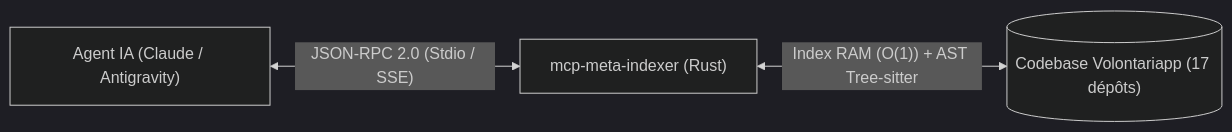
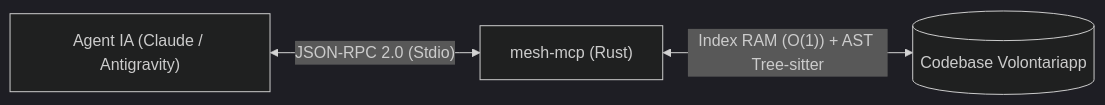
One commit to Volontariapp/meta changed the diagram in README.md. Above: the diagram before and after it, drawn with Mermaid (dark theme). The commit also changed other lines of this file and 6 other files, not shown here.

Commit message:
feat(mcp): delete mcp meta indexer => replace by causalmesh

````diff
--- a/README.md
+++ b/README.md
@@ -46,5 +46,5 @@
 ```mermaid
 flowchart LR
-    Agent["Agent IA (Claude / Antigravity)"] <-->|"JSON-RPC 2.0 (Stdio / SSE)"| MCP["mcp-meta-indexer (Rust)"]
-    MCP <-->|"Index RAM (O(1)) + AST Tree-sitter"| Codebase[("Codebase Volontariapp (17 dépôts)")]
+    Agent["Agent IA (Claude / Antigravity)"] <-->|"JSON-RPC 2.0 (Stdio)"| MCP["mesh-mcp (Rust)"]
+    MCP <-->|"Index RAM (O(1)) + AST Tree-sitter"| Codebase[("Codebase Volontariapp")]
 ```
````
